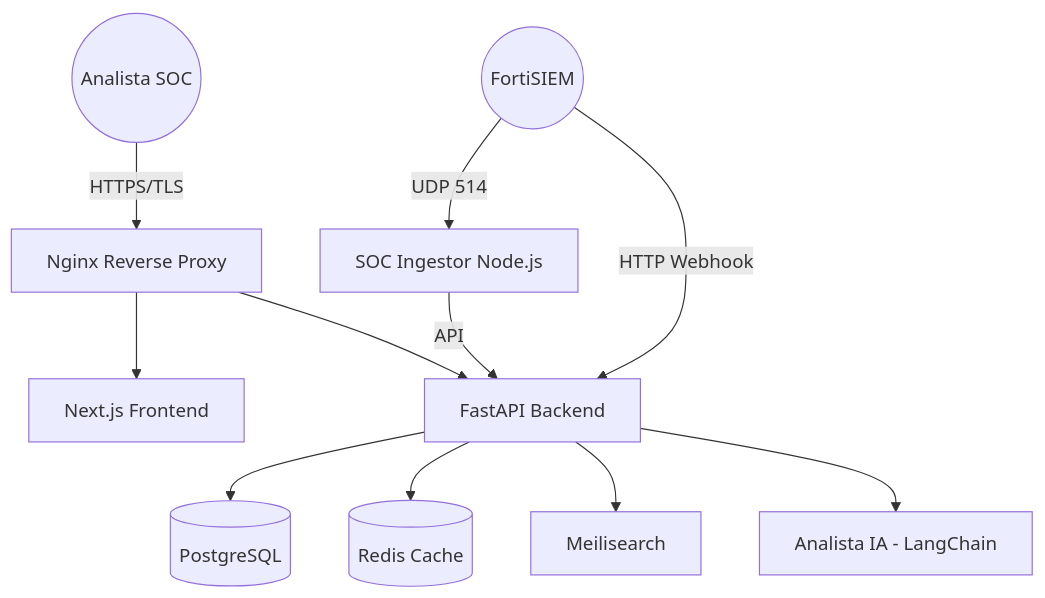
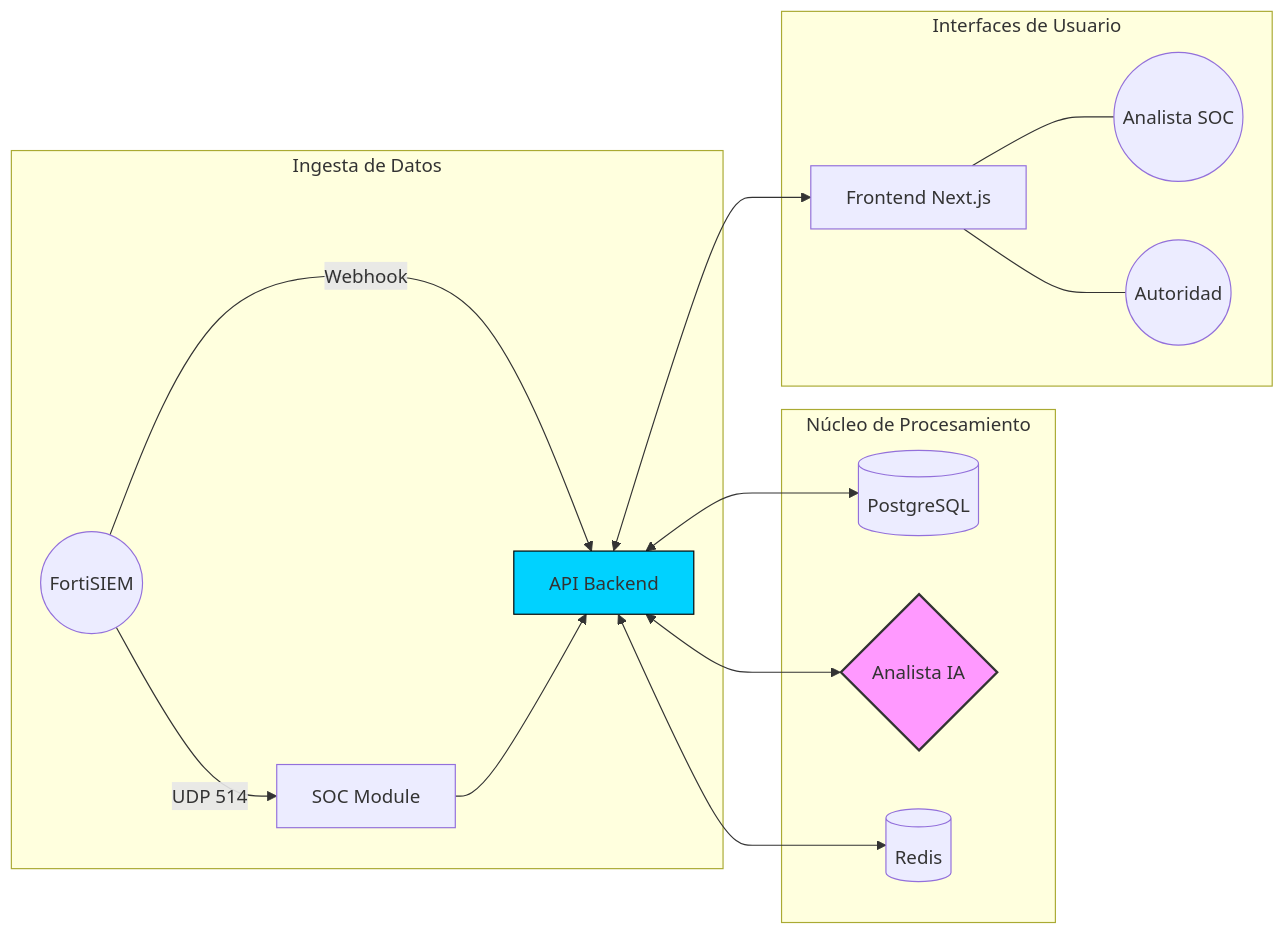
The diagram in README.md (fldominguezz/Ticketera), drawn with Mermaid before and after one commit. The commit also changed other lines of this file and 9 other files, not shown here.

````diff
--- a/README.md
+++ b/README.md
@@ -17,16 +17,23 @@
 ```mermaid
-graph TD
-    User((Analista SOC)) -->|HTTPS/TLS| Nginx[Nginx Reverse Proxy]
-    SIEM((FortiSIEM)) -->|UDP 514| SOCMod[SOC Ingestor Node.js]
-    SIEM -->|HTTP Webhook| Backend[FastAPI Backend]
-    
-    Nginx --> Frontend[Next.js Frontend]
-    Nginx --> Backend
-    
-    Backend --> DB[(PostgreSQL)]
-    Backend --> Redis[(Redis Cache)]
-    Backend --> Search[Meilisearch]
-    Backend --> LLM[Analista IA - LangChain]
-    
-    SOCMod -->|API| Backend
+graph LR
+    subgraph "Ingesta de Datos"
+        S1((FortiSIEM)) -- UDP 514 --> M1[SOC Module]
+        S1 -- Webhook --> B1[API Backend]
+    end
+
+    subgraph "Núcleo de Procesamiento"
+        M1 --> B1
+        B1 <--> DB[(PostgreSQL)]
+        B1 <--> IA{Analista IA}
+        B1 <--> R[(Redis)]
+    end
+
+    subgraph "Interfaces de Usuario"
+        B1 <--> F1[Frontend Next.js]
+        F1 --- A1((Analista SOC))
+        F1 --- A2((Autoridad))
+    end
+
+    style IA fill:#f9f,stroke:#333,stroke-width:2px
+    style B1 fill:#00d2ff,stroke:#000
 ```
````
